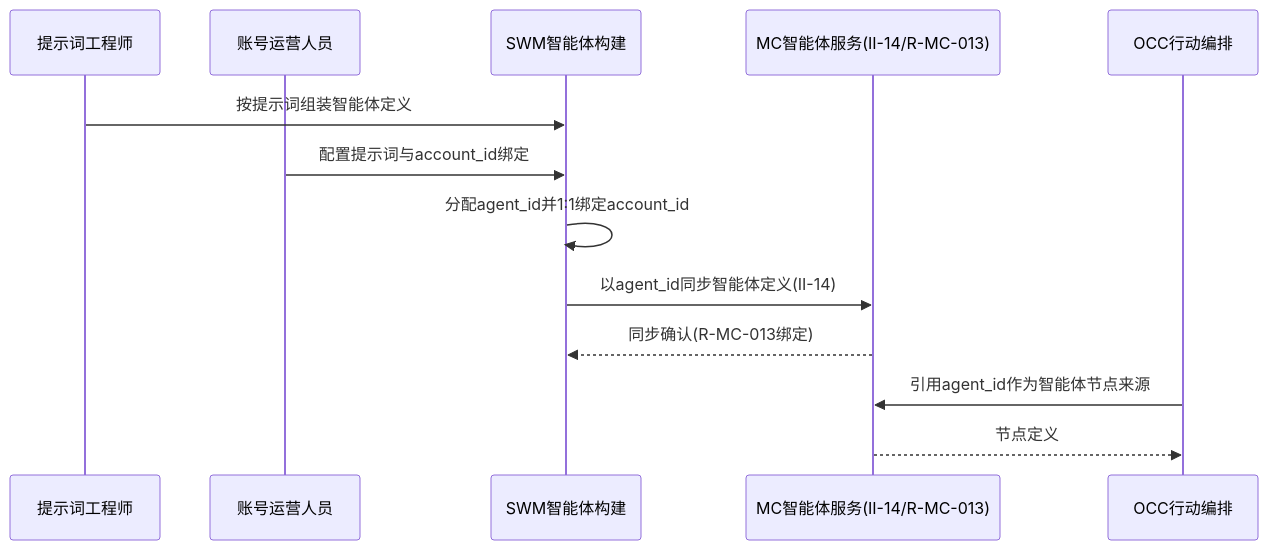
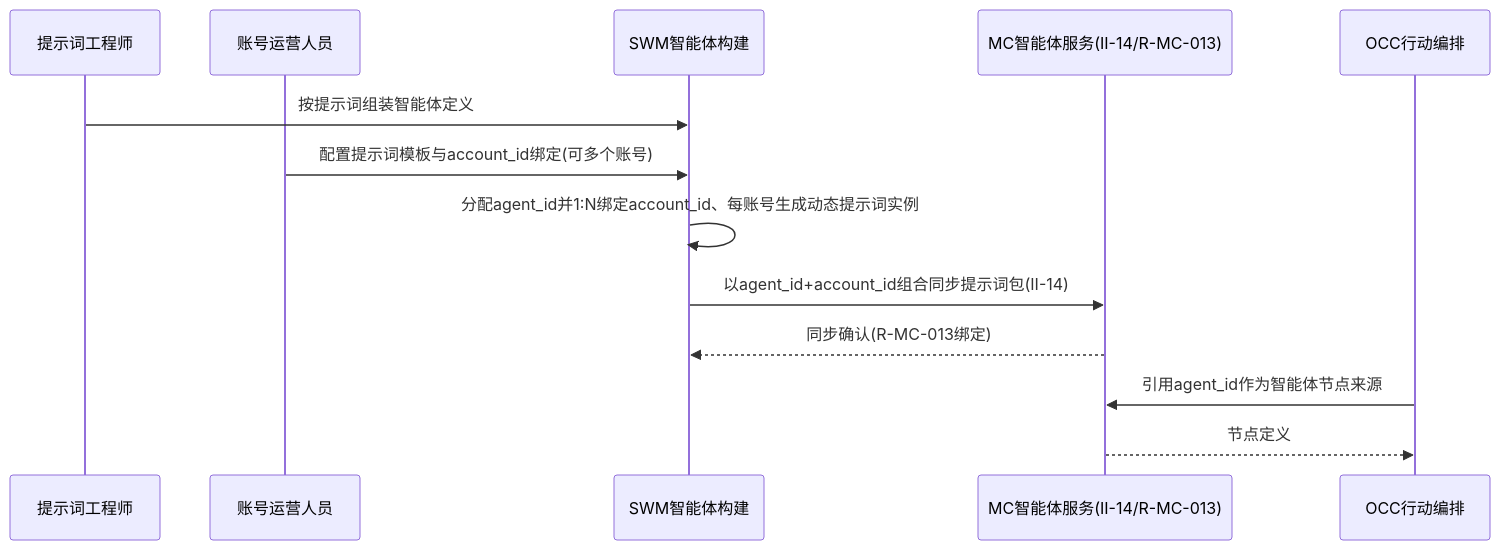
One commit to Sj-g/obsidian changed the sixth of 10 diagrams in 公司项目/认知作战/文档/SRS/软件需求规格说明-SWM子系统.md. Above: the diagram before and after it, drawn with Mermaid. The commit also changed other lines of this file and 3 other files, not shown here.

````diff
--- a/公司项目/认知作战/文档/SRS/软件需求规格说明-SWM子系统.md
+++ b/公司项目/认知作战/文档/SRS/软件需求规格说明-SWM子系统.md
@@ -298,15 +298,15 @@
 ```mermaid
 sequenceDiagram
   participant 工程师 as 提示词工程师
   participant 运营 as 账号运营人员
   participant SWM as SWM智能体构建
   participant MC as MC智能体服务(II-14/R-MC-013)
   participant OCC as OCC行动编排
   工程师->>SWM: 按提示词组装智能体定义
-  运营->>SWM: 配置提示词与account_id绑定
-  SWM->>SWM: 分配agent_id并1:1绑定account_id
-  SWM->>MC: 以agent_id同步智能体定义(II-14)
+  运营->>SWM: 配置提示词模板与account_id绑定(可多个账号)
+  SWM->>SWM: 分配agent_id并1:N绑定account_id、每账号生成动态提示词实例
+  SWM->>MC: 以agent_id+account_id组合同步提示词包(II-14)
   MC-->>SWM: 同步确认(R-MC-013绑定)
   OCC->>MC: 引用agent_id作为智能体节点来源
   MC-->>OCC: 节点定义
 ```
````
